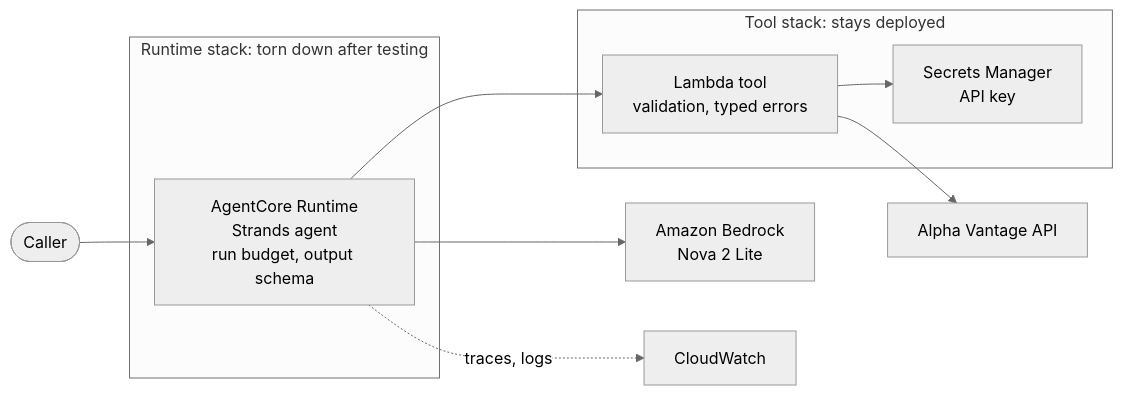
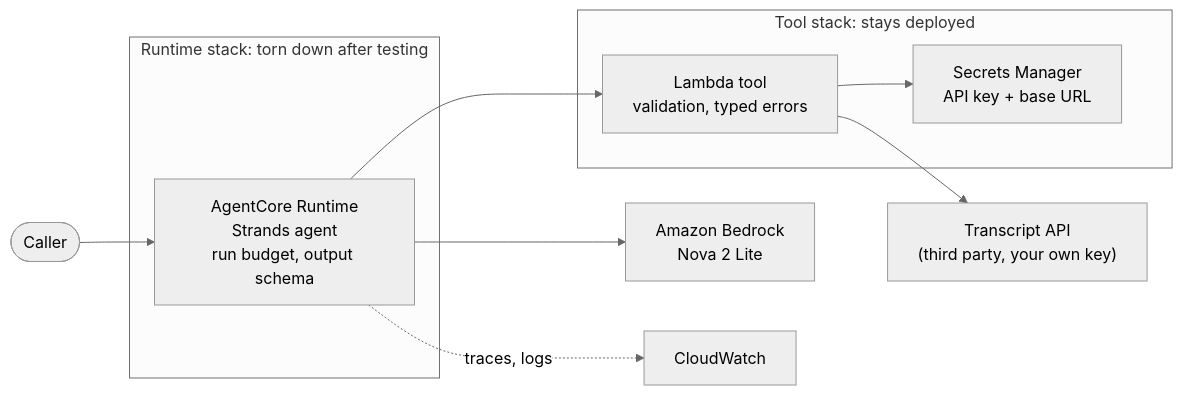
Before and after one commit to Saber-Hosseinzade/earnings-research-agent: the diagram in README.md, drawn with Mermaid (neutral theme). The commit also changed other lines of this file and 5 other files, not shown here.

First line of the commit message:
Lambda tool reads the v2 transcript API

````diff
--- a/README.md
+++ b/README.md
@@ -11,20 +11,20 @@
 ```mermaid
 flowchart LR
     caller([Caller]) --> runtime
 
     subgraph agentstack["Runtime stack: torn down after testing"]
         runtime["AgentCore Runtime<br/>Strands agent<br/>run budget, output schema"]
     end
 
     runtime --> model["Amazon Bedrock<br/>Nova 2 Lite"]
     runtime --> lambda
     runtime -. traces, logs .-> cw["CloudWatch"]
 
     subgraph toolstack["Tool stack: stays deployed"]
         lambda["Lambda tool<br/>validation, typed errors"]
-        secret["Secrets Manager<br/>API key"]
+        secret["Secrets Manager<br/>API key + base URL"]
         lambda --> secret
     end
 
-    lambda --> av["Alpha Vantage API"]
+    lambda --> av["Transcript API<br/>(third party, your own key)"]
 ```
````
